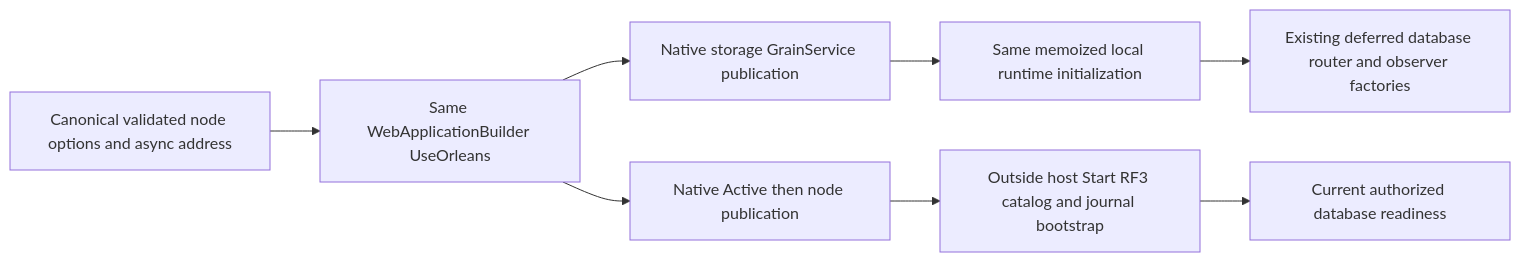
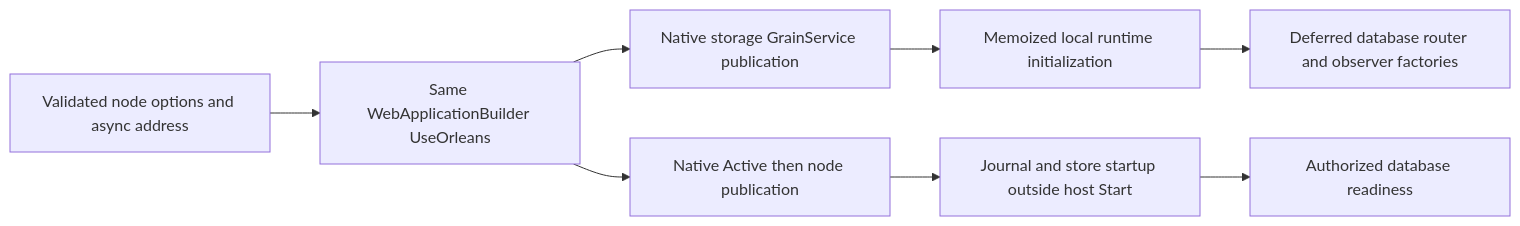
The diagram in docs/Features/ClusterRouting/NativeSingleHostComposition.md (managedcode/KeyLoad), drawn with Mermaid before and after one commit. The commit also changed other lines of this file and 7356 other files, not shown here.

````diff
--- a/docs/Features/ClusterRouting/NativeSingleHostComposition.md
+++ b/docs/Features/ClusterRouting/NativeSingleHostComposition.md
@@ -59,10 +11,10 @@
 ```mermaid
 flowchart LR
- A[Canonical validated node options and async address] --> B[Same WebApplicationBuilder UseOrleans]
+ A[Validated node options and async address] --> B[Same WebApplicationBuilder UseOrleans]
  B --> C[Native storage GrainService publication]
- C --> D[Same memoized local runtime initialization]
- D --> E[Existing deferred database router and observer factories]
+ C --> D[Memoized local runtime initialization]
+ D --> E[Deferred database router and observer factories]
  B --> F[Native Active then node publication]
- F --> G[Outside host Start RF3 catalog and journal bootstrap]
- G --> H[Current authorized database readiness]
+ F --> G[Journal and store startup outside host Start]
+ G --> H[Authorized database readiness]
 ```
````
